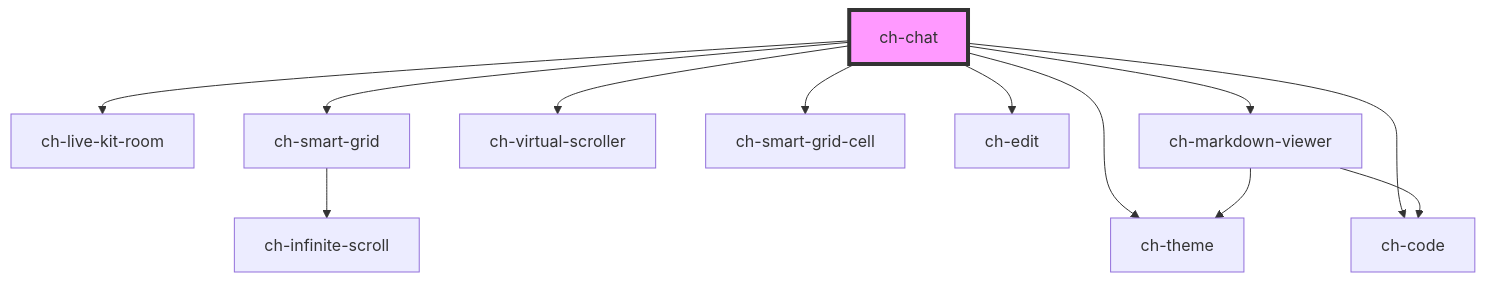
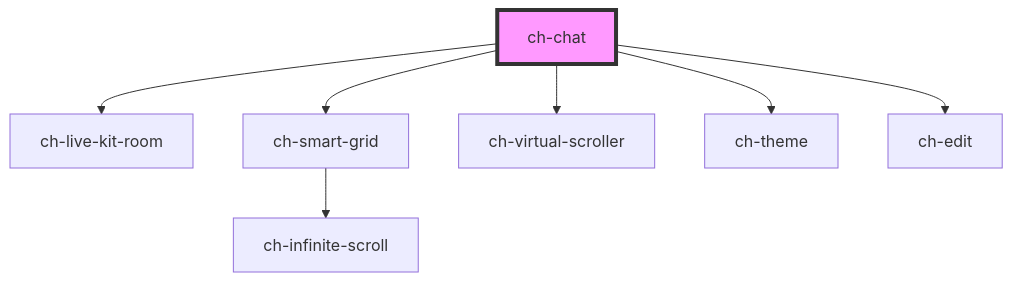
Before and after one commit to genexuslabs/chameleon-controls-library: the diagram in src/components/chat/readme.md, drawn with Mermaid. The commit also changed other lines of this file and 4 other files, not shown here.

````diff
--- a/src/components/chat/readme.md
+++ b/src/components/chat/readme.md
@@ -149,15 +174,10 @@
 ```mermaid
 graph TD;
   ch-chat --> ch-live-kit-room
   ch-chat --> ch-smart-grid
   ch-chat --> ch-virtual-scroller
-  ch-chat --> ch-smart-grid-cell
   ch-chat --> ch-theme
   ch-chat --> ch-edit
-  ch-chat --> ch-code
-  ch-chat --> ch-markdown-viewer
   ch-smart-grid --> ch-infinite-scroll
-  ch-markdown-viewer --> ch-theme
-  ch-markdown-viewer --> ch-code
   style ch-chat fill:#f9f,stroke:#333,stroke-width:4px
 ```
````
